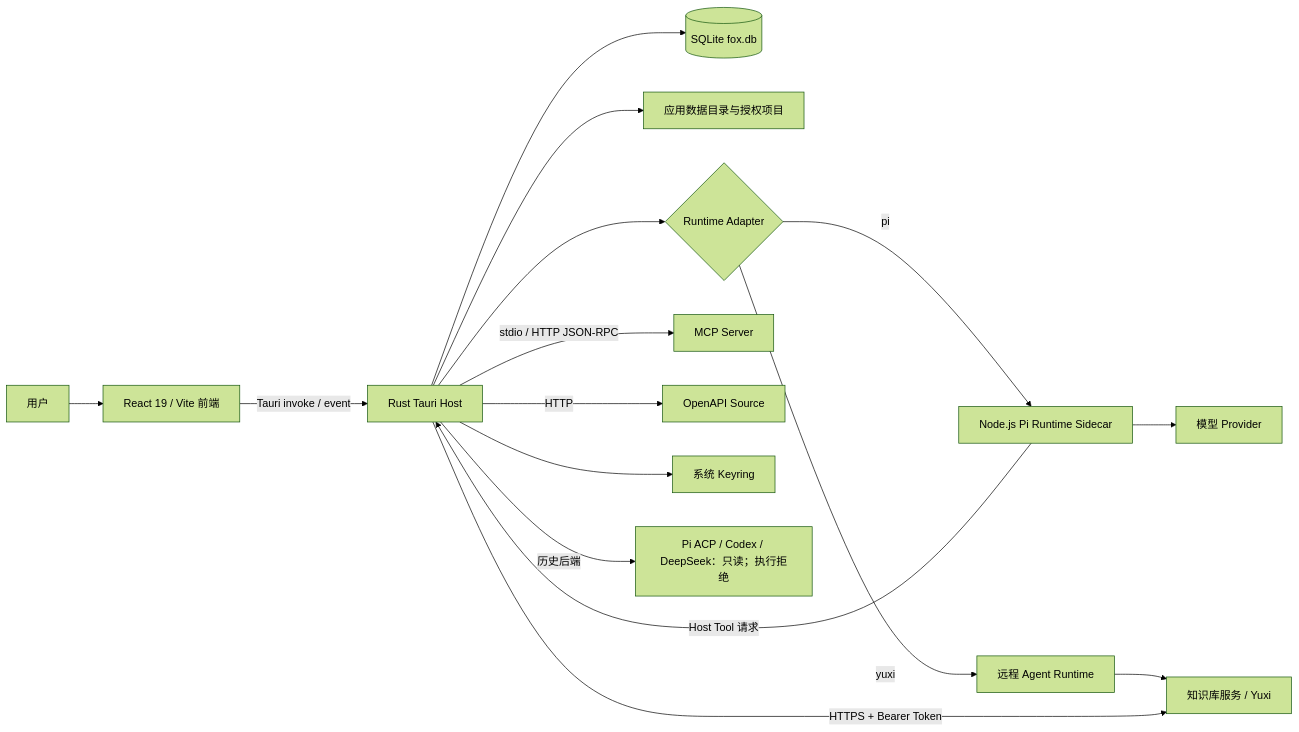
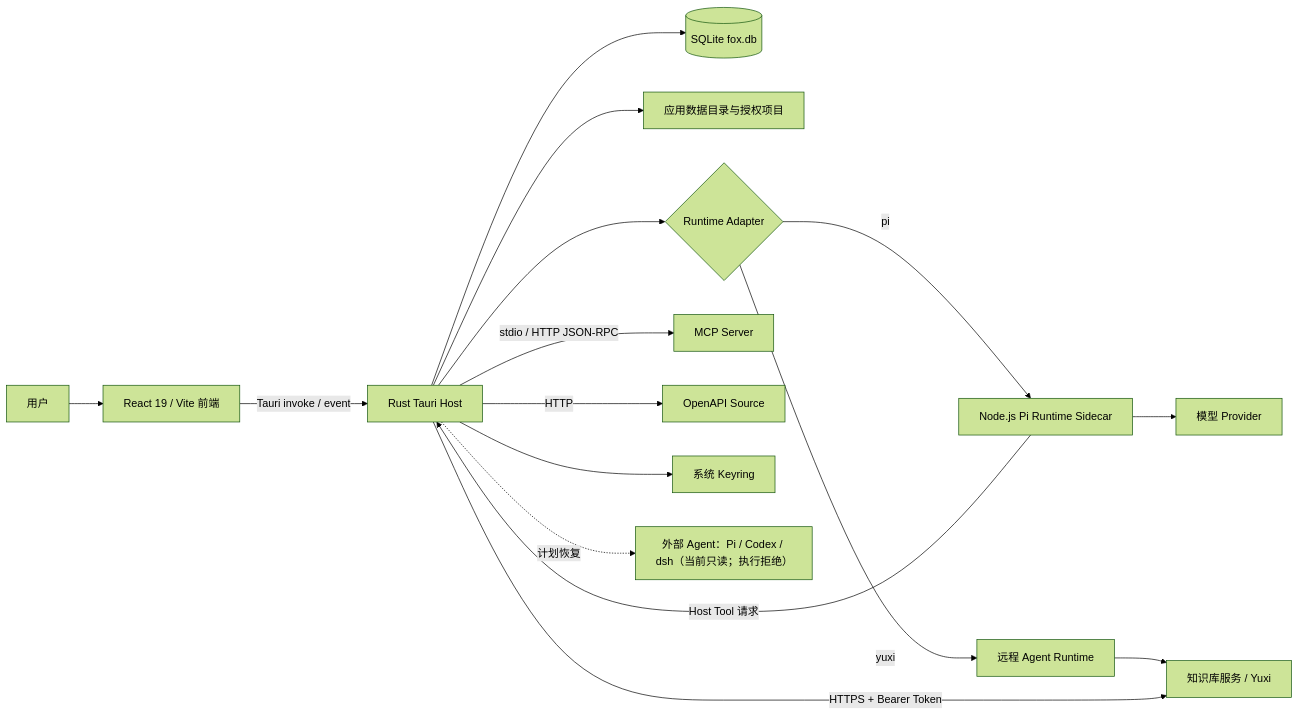
The first of 2 diagrams in docs/02-架构/总体架构.md (Hry1729/Fox-Agent), drawn with Mermaid (forest theme) before and after one commit. The commit also changed other lines of this file and 21 other files, not shown here.

Commit message:
docs(B4c): Kernel loop deleted — architecture, runtime, roadmap, dev guides [skip ci]

````diff
--- a/docs/02-架构/总体架构.md
+++ b/docs/02-架构/总体架构.md
@@ -18,18 +18,18 @@
 ```mermaid
 flowchart LR
     U["用户"] --> UI["React 19 / Vite 前端"]
     UI -->|"Tauri invoke / event"| HOST["Rust Tauri Host"]
     HOST --> DB[("SQLite fox.db")]
     HOST --> FS["应用数据目录与授权项目"]
     HOST --> ROUTER{"Runtime Adapter"}
     ROUTER -->|"pi"| PI["Node.js Pi Runtime Sidecar"]
     ROUTER -->|"yuxi"| YRUN["远程 Agent Runtime"]
     PI --> MODEL["模型 Provider"]
     PI -->|"Host Tool 请求"| HOST
     YRUN --> KB["知识库服务 / Yuxi"]
     HOST -->|"HTTPS + Bearer Token"| KB
     HOST -->|"stdio / HTTP JSON-RPC"| MCP["MCP Server"]
     HOST -->|"HTTP"| OPENAPI["OpenAPI Source"]
     HOST --> KEY["系统 Keyring"]
-    HOST -->|"历史后端"| EXT["Pi ACP / Codex / DeepSeek：只读；执行拒绝"]
+    HOST -.->|"计划恢复"| EXT["外部 Agent：Pi / Codex / dsh（当前只读；执行拒绝）"]
 ```
````
